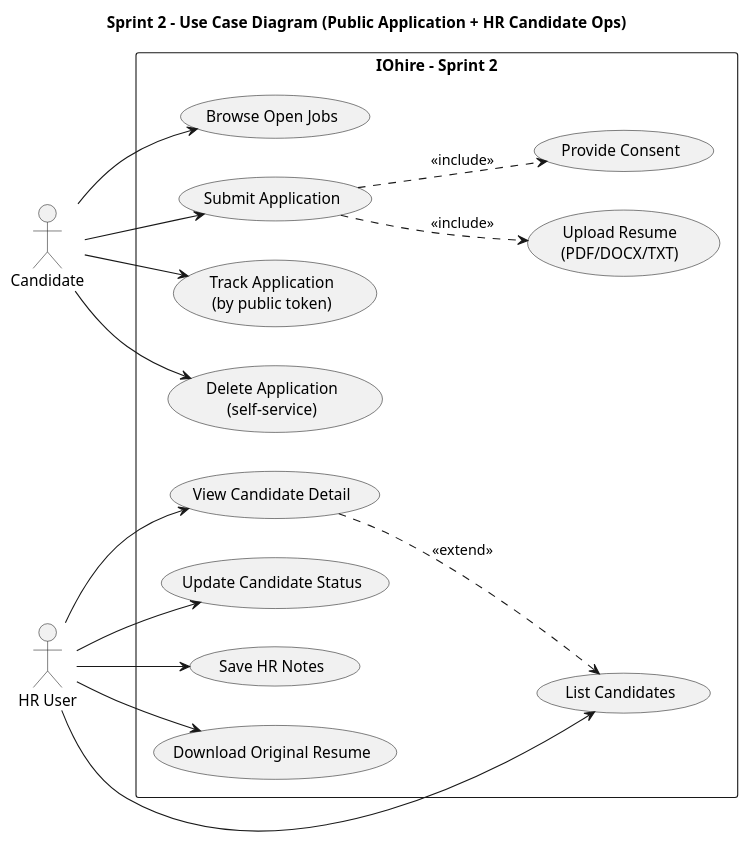
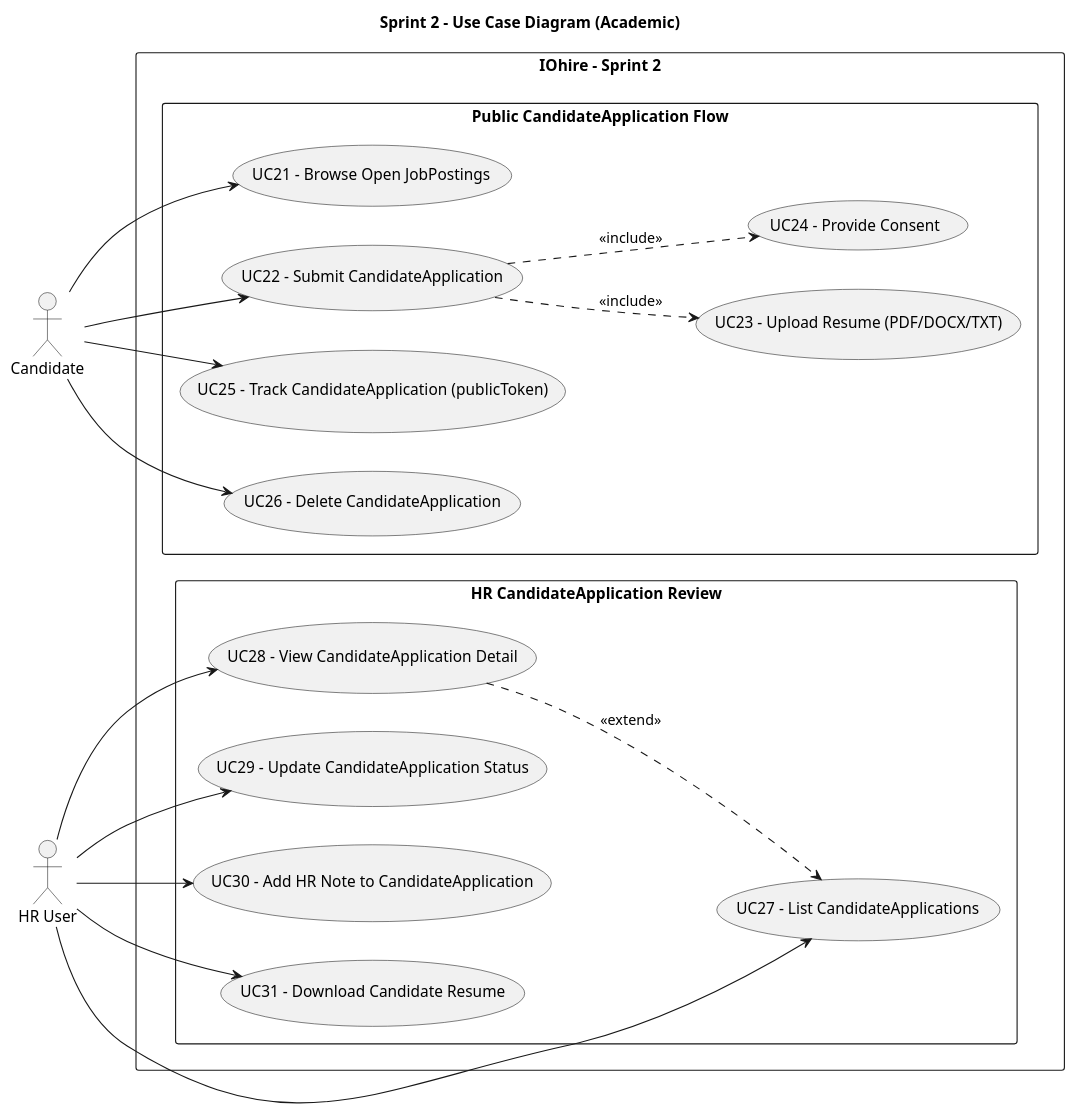
Before and after one commit to OussamaRhimi/IOhire: the diagram in docs/uml/sprint2_usecase.puml, drawn with PlantUML. The commit also changed other lines of this file and 37 other files, not shown here.

```diff
--- a/docs/uml/sprint2_usecase.puml
+++ b/docs/uml/sprint2_usecase.puml
@@ -1,40 +1,45 @@
 @startuml
-title Sprint 2 - Use Case Diagram (Public Application + HR Candidate Ops)
+title Sprint 2 - Use Case Diagram (Academic)
 left to right direction
 skinparam packageStyle rectangle
+skinparam shadowing false
 
-actor Candidate
-actor "HR User" as HR
+actor Candidate as A_Candidate
+actor "HR User" as A_HR
 
 rectangle "IOhire - Sprint 2" {
-  usecase "Browse Open Jobs" as UC_BrowseJobs
-  usecase "Submit Application" as UC_Submit
-  usecase "Upload Resume\n(PDF/DOCX/TXT)" as UC_UploadResume
-  usecase "Provide Consent" as UC_Consent
-  usecase "Track Application\n(by public token)" as UC_Track
-  usecase "Delete Application\n(self-service)" as UC_DeletePublic
+  package "Public CandidateApplication Flow" {
+    usecase "UC21 - Browse Open JobPostings" as UC21
+    usecase "UC22 - Submit CandidateApplication" as UC22
+    usecase "UC23 - Upload Resume (PDF/DOCX/TXT)" as UC23
+    usecase "UC24 - Provide Consent" as UC24
+    usecase "UC25 - Track CandidateApplication (publicToken)" as UC25
+    usecase "UC26 - Delete CandidateApplication" as UC26
+  }
 
-  usecase "List Candidates" as UC_ListCandidates
-  usecase "View Candidate Detail" as UC_ViewCandidate
-  usecase "Update Candidate Status" as UC_Status
-  usecase "Save HR Notes" as UC_Notes
-  usecase "Download Original Resume" as UC_DownloadResume
+  package "HR CandidateApplication Review" {
+    usecase "UC27 - List CandidateApplications" as UC27
+    usecase "UC28 - View CandidateApplication Detail" as UC28
+    usecase "UC29 - Update CandidateApplication Status" as UC29
+    usecase "UC30 - Add HR Note to CandidateApplication" as UC30
+    usecase "UC31 - Download Candidate Resume" as UC31
+  }
 }
 
-Candidate --> UC_BrowseJobs
-Candidate --> UC_Submit
-Candidate --> UC_Track
-Candidate --> UC_DeletePublic
+A_Candidate --> UC21
+A_Candidate --> UC22
+A_Candidate --> UC25
+A_Candidate --> UC26
 
-UC_Submit ..> UC_UploadResume : <<include>>
-UC_Submit ..> UC_Consent : <<include>>
+UC22 ..> UC23 : <<include>>
+UC22 ..> UC24 : <<include>>
 
-HR --> UC_ListCandidates
-HR --> UC_ViewCandidate
-HR --> UC_Status
-HR --> UC_Notes
-HR --> UC_DownloadResume
+A_HR --> UC27
+A_HR --> UC28
+A_HR --> UC29
+A_HR --> UC30
+A_HR --> UC31
 
-UC_ViewCandidate ..> UC_ListCandidates : <<extend>>
+UC28 ..> UC27 : <<extend>>
 
 @enduml
```
